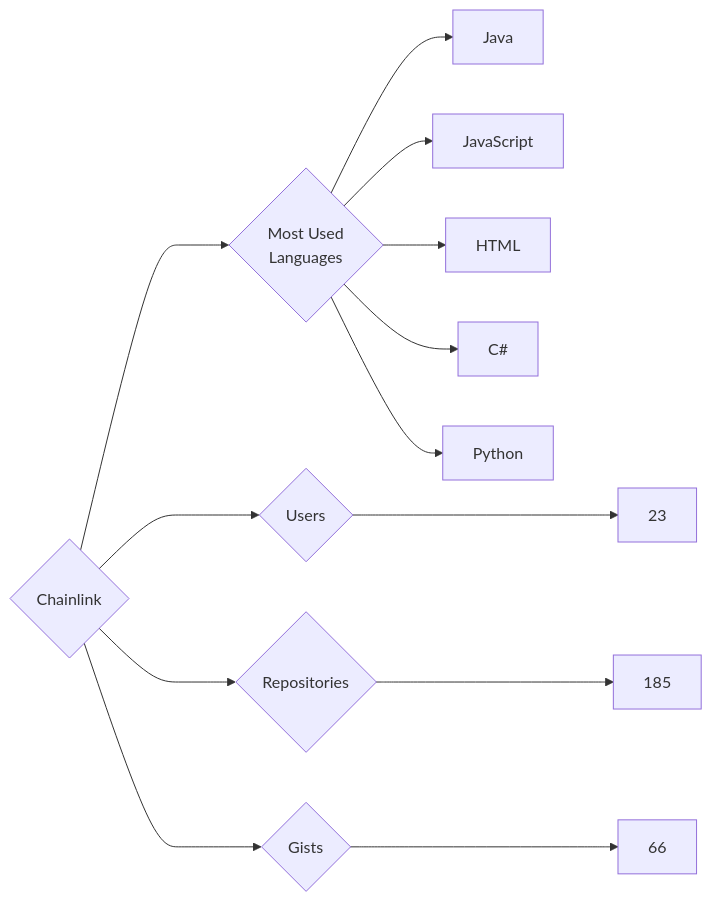
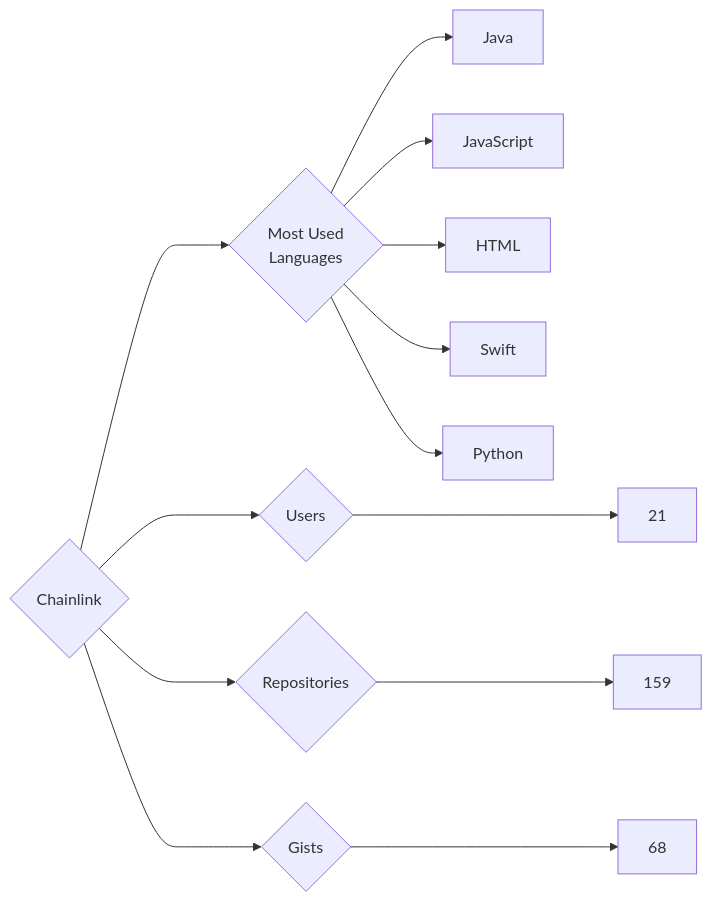
One commit to trickest/insiders changed the diagram in targets/Chainlink/README.md. Above: the diagram before and after it, drawn with Mermaid. The commit also changed 894 other files, not shown here.

````diff
--- a/targets/Chainlink/README.md
+++ b/targets/Chainlink/README.md
@@ -3,13 +3,13 @@
 ```mermaid
 graph LR
 COMPANY_NAME{Chainlink}
-COMPANY_NAME ---> U{Users} ---> UN[23]
-COMPANY_NAME ---> R{Repositories} ---> RN[185]
-COMPANY_NAME ---> G{Gists} ---> GN[66]
+COMPANY_NAME ---> U{Users} ---> UN[21]
+COMPANY_NAME ---> R{Repositories} ---> RN[159]
+COMPANY_NAME ---> G{Gists} ---> GN[68]
 COMPANY_NAME ---> ML{Most Used<br>Languages}
 ML --> Java[Java]
 ML --> JavaScript[JavaScript]
 ML --> HTML[HTML]
-ML --> C#[C#]
+ML --> Swift[Swift]
 ML --> Python[Python]
 ```
````
